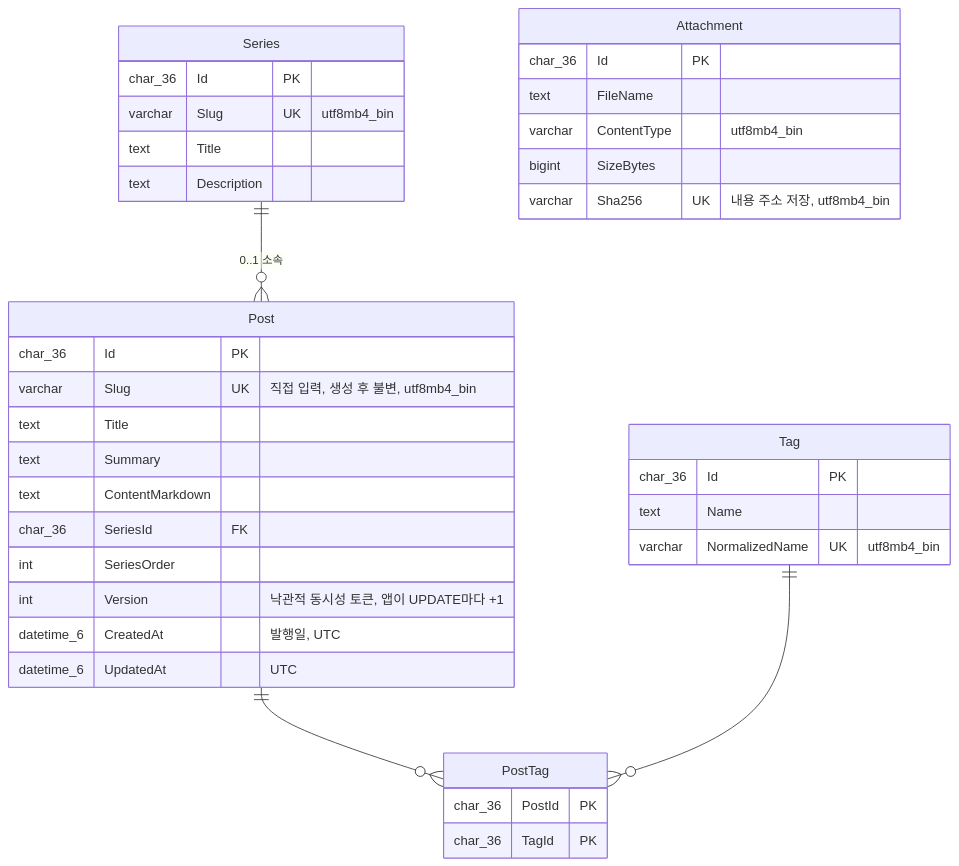
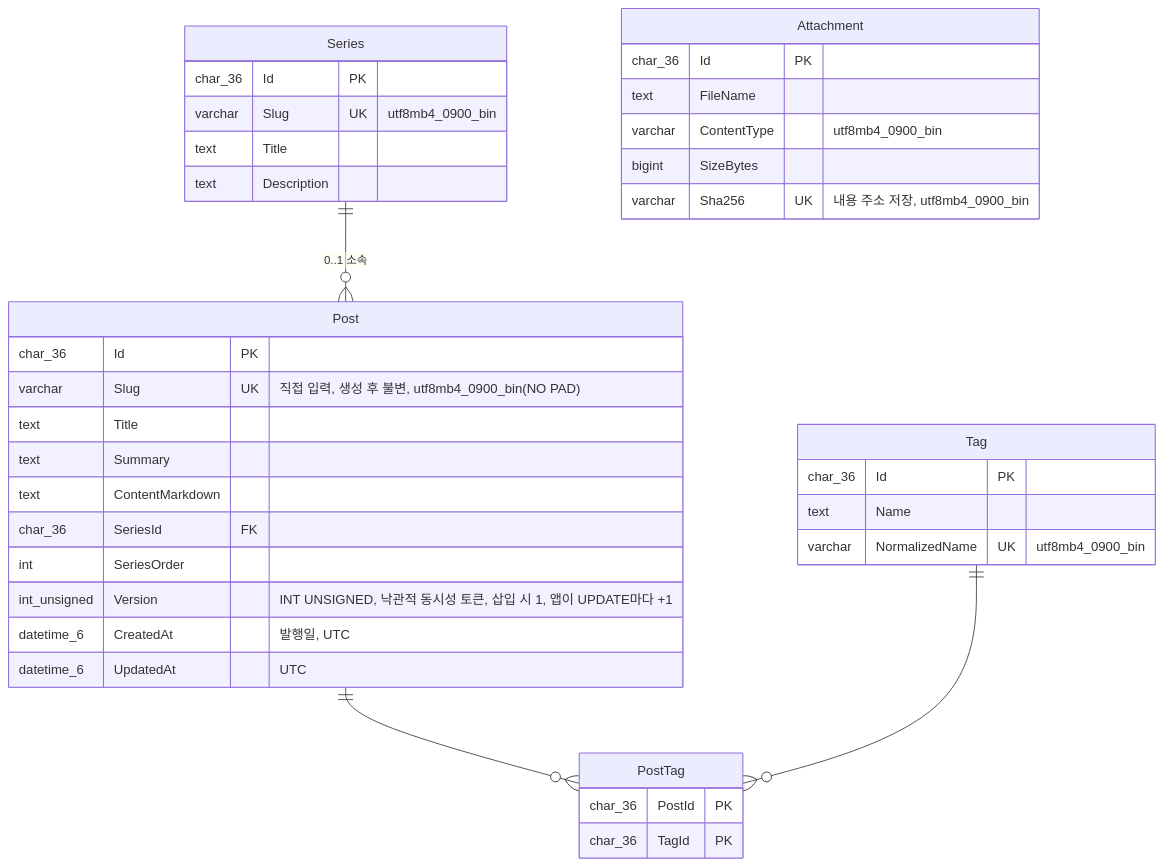
One commit to BerryBless/WebProject changed the fifth of 5 diagrams in docs/architecture.md. Above: the diagram before and after it, drawn with Mermaid. The commit also changed other lines of this file and 8 other files, not shown here.

````diff
--- a/docs/architecture.md
+++ b/docs/architecture.md
@@ -163,40 +163,40 @@
 ```mermaid
 erDiagram
     Series ||--o{ Post : "0..1 소속"
     Post ||--o{ PostTag : ""
     Tag ||--o{ PostTag : ""
     Post {
         char_36 Id PK
-        varchar Slug UK "직접 입력, 생성 후 불변, utf8mb4_bin"
+        varchar Slug UK "직접 입력, 생성 후 불변, utf8mb4_0900_bin(NO PAD)"
         text Title
         text Summary
         text ContentMarkdown
         char_36 SeriesId FK
         int SeriesOrder
-        int Version "낙관적 동시성 토큰, 앱이 UPDATE마다 +1"
+        int_unsigned Version "INT UNSIGNED, 낙관적 동시성 토큰, 삽입 시 1, 앱이 UPDATE마다 +1"
         datetime_6 CreatedAt "발행일, UTC"
         datetime_6 UpdatedAt "UTC"
     }
     Series {
         char_36 Id PK
-        varchar Slug UK "utf8mb4_bin"
+        varchar Slug UK "utf8mb4_0900_bin"
         text Title
         text Description
     }
     Tag {
         char_36 Id PK
         text Name
-        varchar NormalizedName UK "utf8mb4_bin"
+        varchar NormalizedName UK "utf8mb4_0900_bin"
     }
     PostTag {
         char_36 PostId PK
         char_36 TagId PK
     }
     Attachment {
         char_36 Id PK
         text FileName
-        varchar ContentType "utf8mb4_bin"
+        varchar ContentType "utf8mb4_0900_bin"
         bigint SizeBytes
-        varchar Sha256 UK "내용 주소 저장, utf8mb4_bin"
+        varchar Sha256 UK "내용 주소 저장, utf8mb4_0900_bin"
     }
 ```
````
